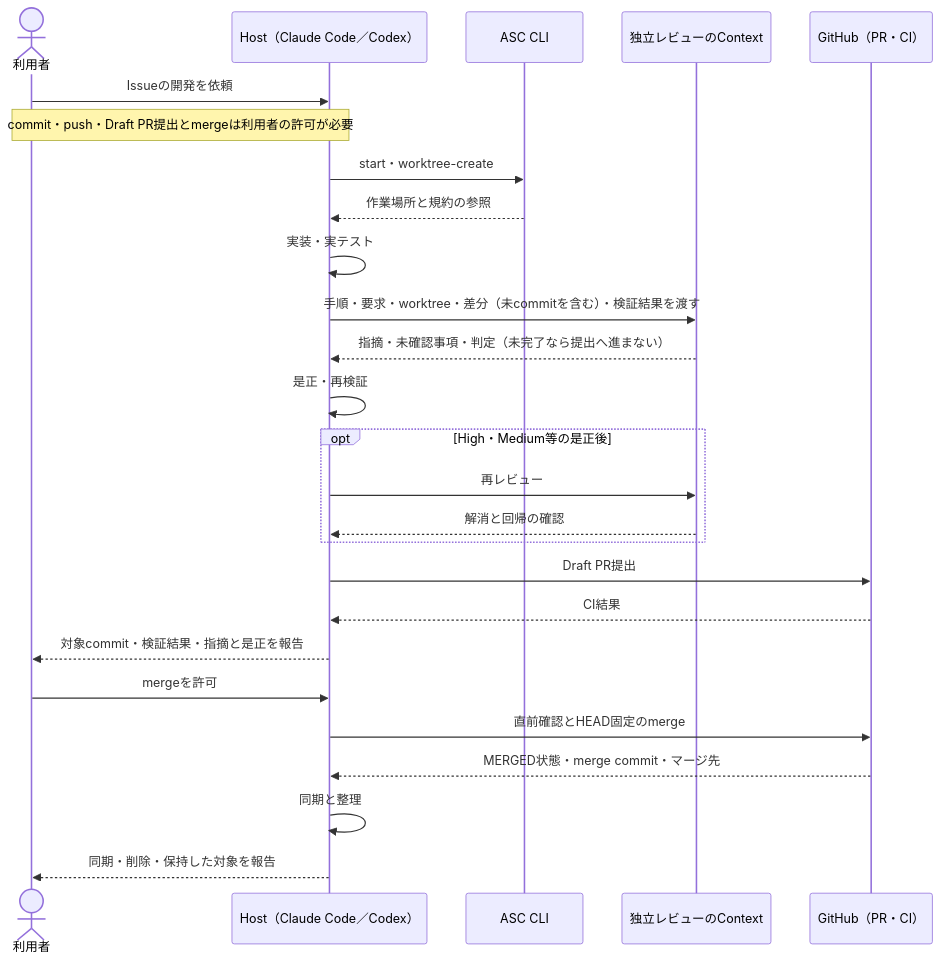
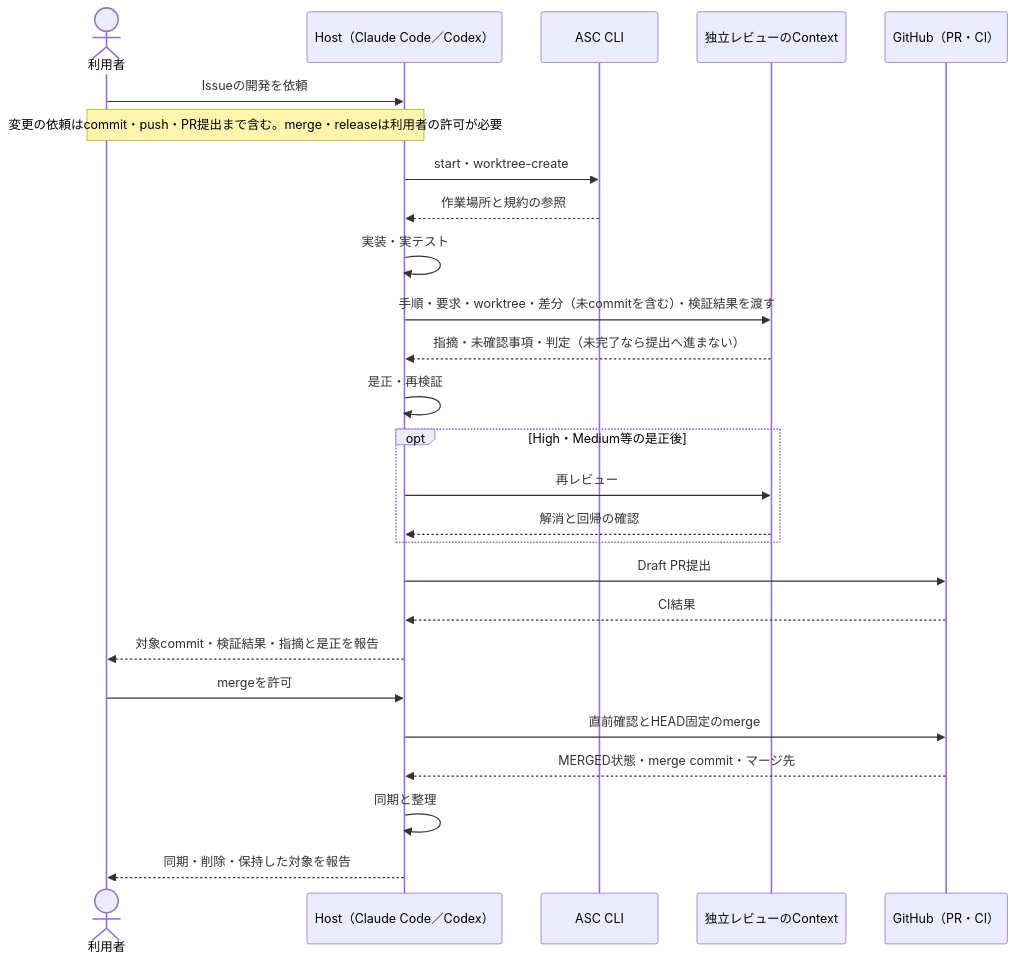
One commit to techbeansjp-free/AGENTS.md changed the second of 2 diagrams in README.md. Above: the diagram before and after it, drawn with Mermaid. The commit also changed other lines of this file and 3 other files, not shown here.

````diff
--- a/README.md
+++ b/README.md
@@ -51,28 +51,28 @@
 ```mermaid
 sequenceDiagram
   actor U as 利用者
   participant H as Host（Claude Code／Codex）
   participant C as ASC CLI
   participant R as 独立レビューのContext
   participant G as GitHub（PR・CI）
   U->>H: Issueの開発を依頼
-  Note over U,H: commit・push・Draft PR提出とmergeは利用者の許可が必要
+  Note over U,H: 変更の依頼はcommit・push・PR提出まで含む。merge・releaseは利用者の許可が必要
   H->>C: start・worktree-create
   C-->>H: 作業場所と規約の参照
   H->>H: 実装・実テスト
   H->>R: 手順・要求・worktree・差分（未commitを含む）・検証結果を渡す
   R-->>H: 指摘・未確認事項・判定（未完了なら提出へ進まない）
   H->>H: 是正・再検証
   opt High・Medium等の是正後
     H->>R: 再レビュー
     R-->>H: 解消と回帰の確認
   end
   H->>G: Draft PR提出
   G-->>H: CI結果
   H-->>U: 対象commit・検証結果・指摘と是正を報告
   U->>H: mergeを許可
   H->>G: 直前確認とHEAD固定のmerge
   G-->>H: MERGED状態・merge commit・マージ先
   H->>H: 同期と整理
   H-->>U: 同期・削除・保持した対象を報告
 ```
````
